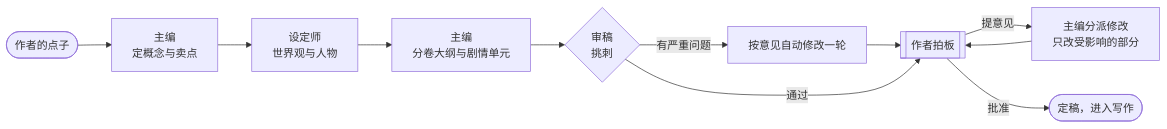
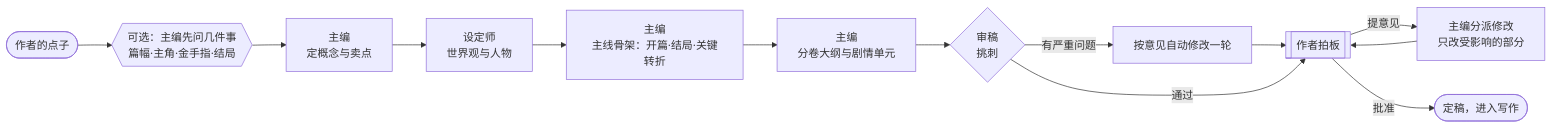
One commit to lxbtkfbj/zhibi changed the first of 2 diagrams in README.md. Above: the diagram before and after it, drawn with Mermaid. The commit also changed other lines of this file and 42 other files, not shown here.

````diff
--- a/README.md
+++ b/README.md
@@ -16,13 +16,15 @@
 ```mermaid
 flowchart LR
-    A([作者的点子]) --> B[主编<br/>定概念与卖点]
+    A([作者的点子]) --> Q{{可选：主编先问几件事<br/>篇幅·主角·金手指·结局}}
+    Q --> B[主编<br/>定概念与卖点]
     B --> C[设定师<br/>世界观与人物]
-    C --> D[主编<br/>分卷大纲与剧情单元]
+    C --> S[主编<br/>主线骨架：开篇·结局·关键转折]
+    S --> D[主编<br/>分卷大纲与剧情单元]
     D --> E{审稿<br/>挑刺}
     E -- 有严重问题 --> F[按意见自动修改一轮]
     F --> G
     E -- 通过 --> G[[作者拍板]]
     G -- 提意见 --> H[主编分派修改<br/>只改受影响的部分]
     H --> G
     G -- 批准 --> I([定稿，进入写作])
 ```
````
